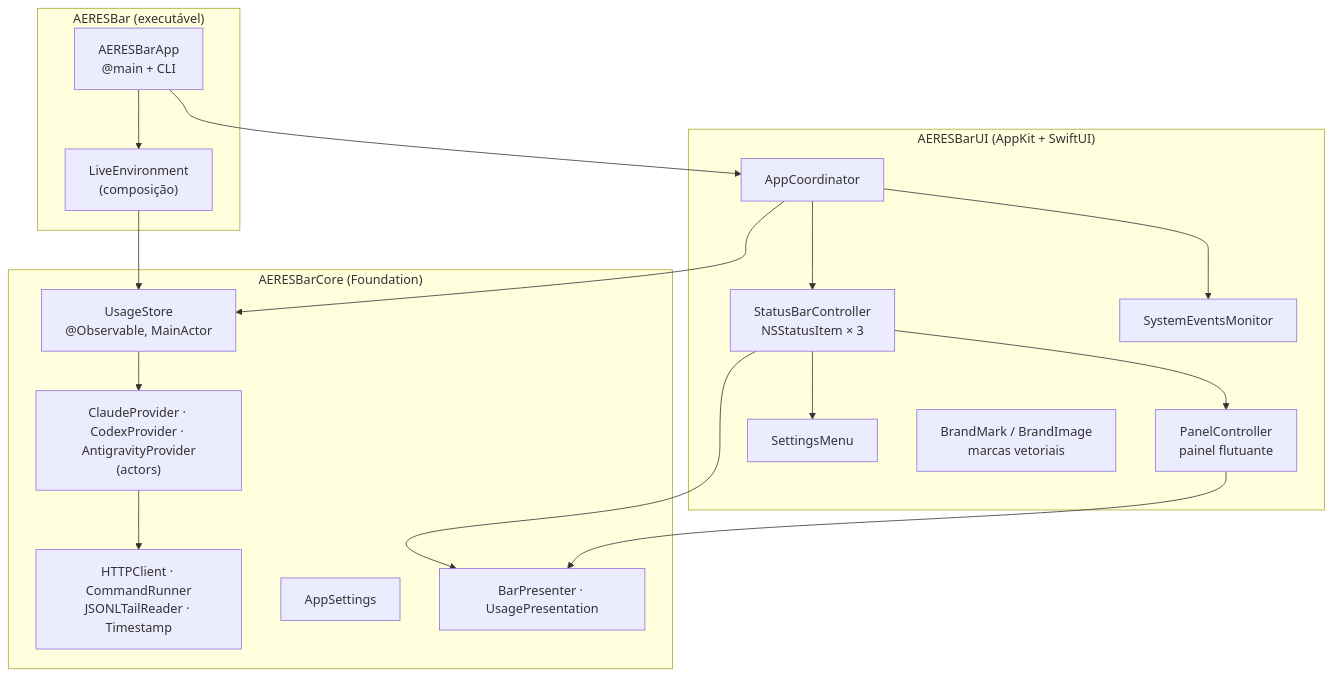
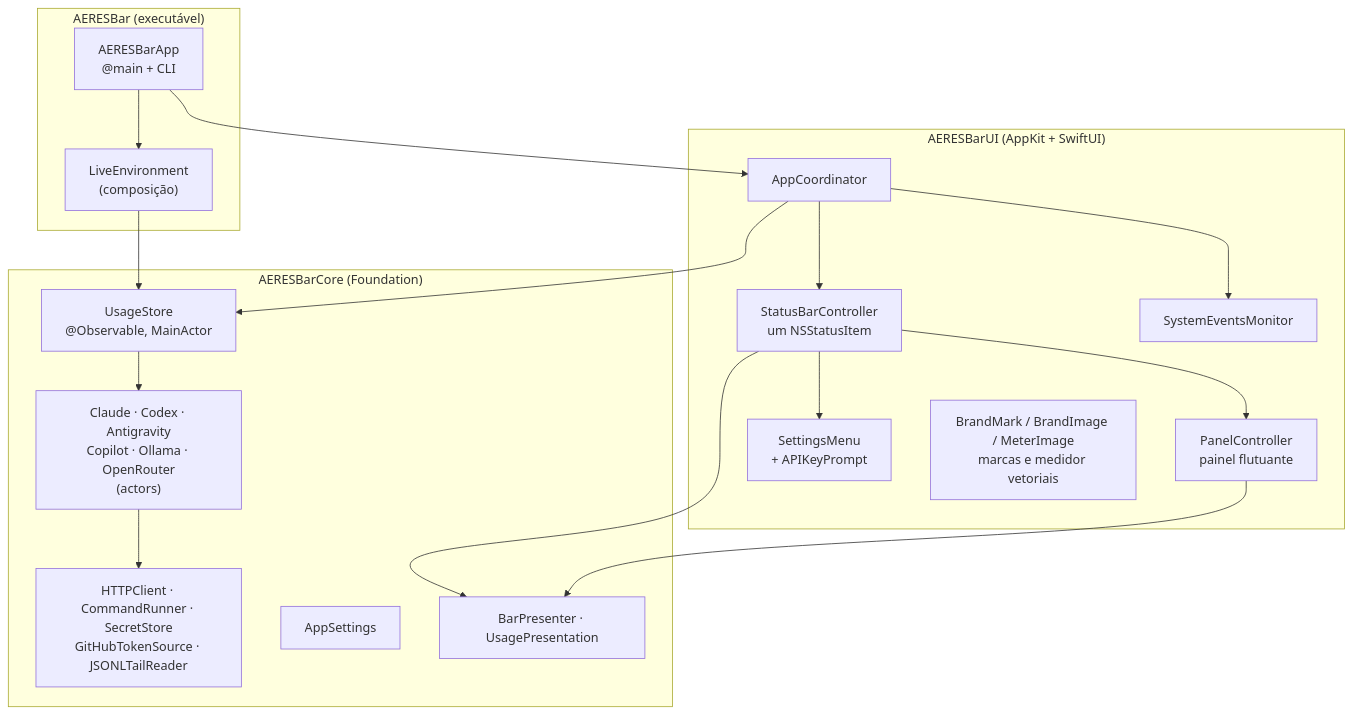
One commit to aeresdigital/aeres-bar changed the diagram in docs/ARCHITECTURE.md. Above: the diagram before and after it, drawn with Mermaid. The commit also changed other lines of this file and 72 other files, not shown here.

First line of the commit message:
feat: item único na barra e provedores Copilot, Ollama e OpenRouter

````diff
--- a/docs/ARCHITECTURE.md
+++ b/docs/ARCHITECTURE.md
@@ -7,24 +7,24 @@
 ```mermaid
 flowchart TB
     subgraph App["AERESBar (executável)"]
         Main["AERESBarApp<br/>@main + CLI"] --> Live["LiveEnvironment<br/>(composição)"]
     end
     subgraph UI["AERESBarUI (AppKit + SwiftUI)"]
-        Coord["AppCoordinator"] --> Bar["StatusBarController<br/>NSStatusItem × 3"]
+        Coord["AppCoordinator"] --> Bar["StatusBarController<br/>um NSStatusItem"]
         Bar --> Panel["PanelController<br/>painel flutuante"]
-        Bar --> Menu["SettingsMenu"]
+        Bar --> Menu["SettingsMenu<br/>+ APIKeyPrompt"]
         Coord --> Events["SystemEventsMonitor"]
-        Brand["BrandMark / BrandImage<br/>marcas vetoriais"]
+        Brand["BrandMark / BrandImage / MeterImage<br/>marcas e medidor vetoriais"]
     end
     subgraph Core["AERESBarCore (Foundation)"]
         Store["UsageStore<br/>@Observable, MainActor"] --> Providers
-        Providers["ClaudeProvider · CodexProvider · AntigravityProvider<br/>(actors)"] --> Infra["HTTPClient · CommandRunner<br/>JSONLTailReader · Timestamp"]
+        Providers["Claude · Codex · Antigravity<br/>Copilot · Ollama · OpenRouter<br/>(actors)"] --> Infra["HTTPClient · CommandRunner · SecretStore<br/>GitHubTokenSource · JSONLTailReader"]
         Settings["AppSettings"]
         Presentation["BarPresenter · UsagePresentation"]
     end
     Live --> Store
     Main --> Coord
     Coord --> Store
     Bar --> Presentation
     Panel --> Presentation
 ```
````
